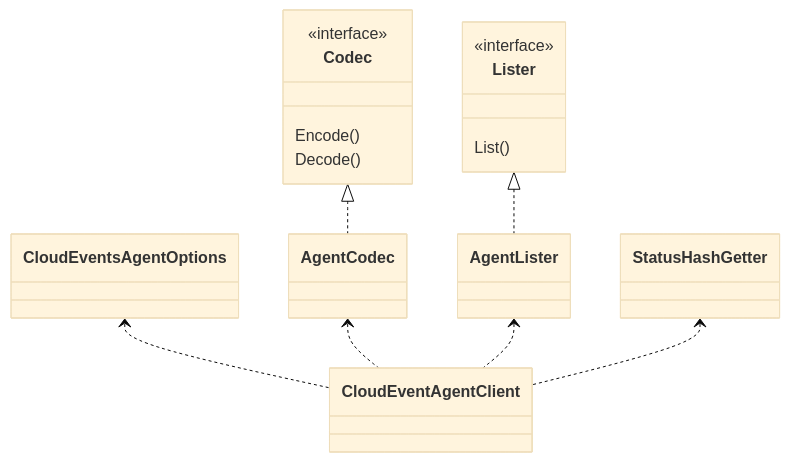
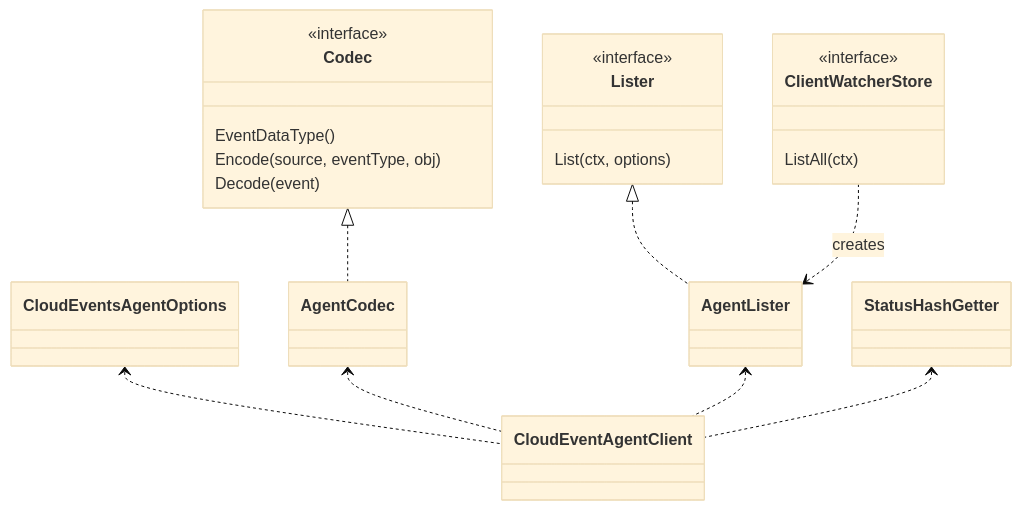
Before and after one commit to open-cluster-management-io/sdk-go: the fourth of 10 diagrams in pkg/cloudevents/doc/design.md, drawn with Mermaid (base theme). The commit also changed other lines of this file and 2 other files, not shown here.

````diff
--- a/pkg/cloudevents/doc/design.md
+++ b/pkg/cloudevents/doc/design.md
@@ -113,21 +139,28 @@
 ```mermaid
 classDiagram
 class Codec {
     <<interface>>
-    Encode()
-    Decode()
+    EventDataType()
+    Encode(source, eventType, obj)
+    Decode(event)
 }
 
 class Lister {
     <<interface>>
-    List()
+    List(ctx, options)
+}
+
+class ClientWatcherStore {
+    <<interface>>
+    ListAll(ctx)
 }
 
 CloudEventsAgentOptions<..CloudEventAgentClient
 AgentCodec<..CloudEventAgentClient
 AgentLister<..CloudEventAgentClient
 StatusHashGetter<..CloudEventAgentClient
 
 Codec <|.. AgentCodec
 Lister <|.. AgentLister
+ClientWatcherStore ..> AgentLister : creates
 ```
````
